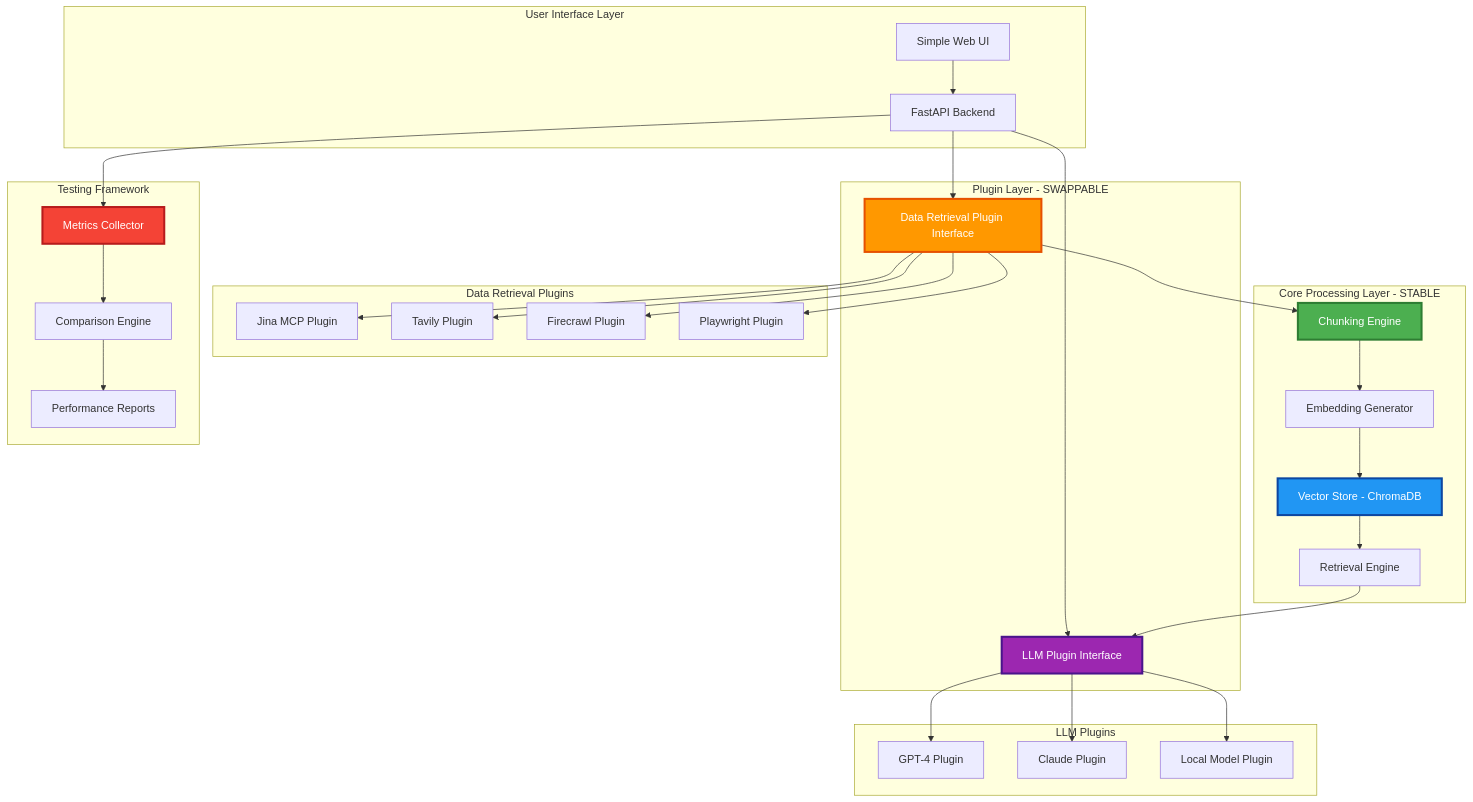
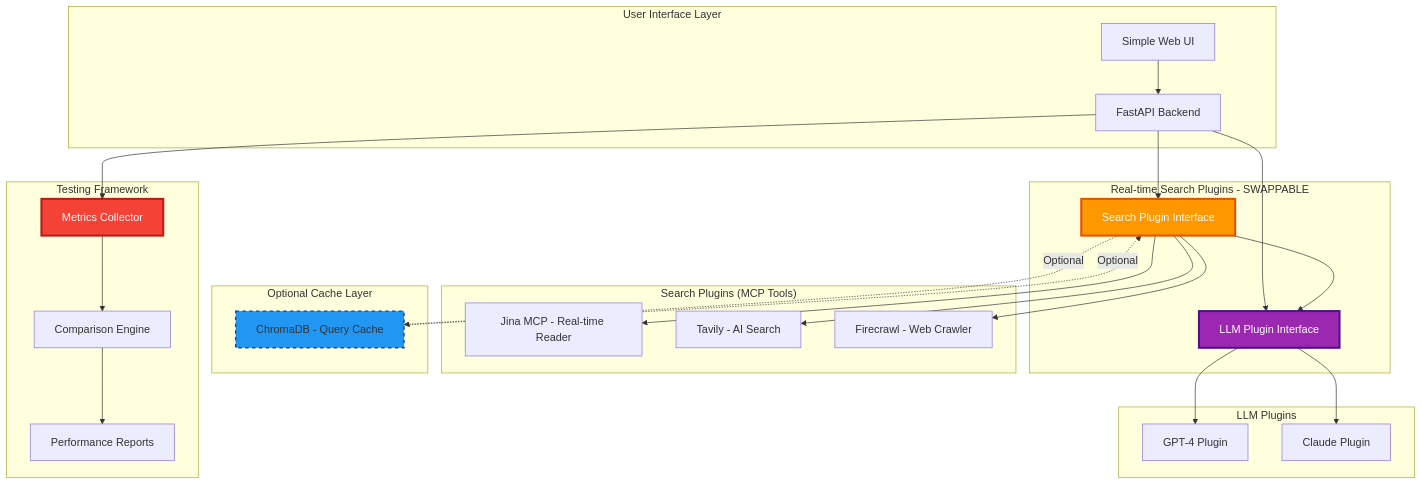
The third of 9 diagrams in IMPLEMENTATION.md (dviresh93/bizgenie-website-rag-eval), drawn with Mermaid before and after one commit. The commit also changed other lines of this file and 75 other files, not shown here.

````diff
--- a/IMPLEMENTATION.md
+++ b/IMPLEMENTATION.md
@@ -30,67 +96,58 @@
 ```mermaid
 graph TB
     subgraph "User Interface Layer"
         UI[Simple Web UI]
         API[FastAPI Backend]
     end
 
-    subgraph "Plugin Layer - SWAPPABLE"
-        DR[Data Retrieval Plugin Interface]
+    subgraph "Real-time Search Plugins - SWAPPABLE"
+        SEARCH[Search Plugin Interface]
         LLM[LLM Plugin Interface]
     end
 
-    subgraph "Data Retrieval Plugins"
-        JINA[Jina MCP Plugin]
-        TAVILY[Tavily Plugin]
-        FIRE[Firecrawl Plugin]
-        PLAY[Playwright Plugin]
+    subgraph "Search Plugins (MCP Tools)"
+        JINA[Jina MCP - Real-time Reader]
+        TAVILY[Tavily - AI Search]
+        FIRE[Firecrawl - Web Crawler]
     end
 
     subgraph "LLM Plugins"
         GPT4[GPT-4 Plugin]
         CLAUDE[Claude Plugin]
-        LOCAL[Local Model Plugin]
     end
 
-    subgraph "Core Processing Layer - STABLE"
-        CHUNK[Chunking Engine]
-        EMBED[Embedding Generator]
-        STORE[Vector Store - ChromaDB]
-        RETRIEVE[Retrieval Engine]
+    subgraph "Optional Cache Layer"
+        CACHE[ChromaDB - Query Cache]
     end
 
     subgraph "Testing Framework"
         METRICS[Metrics Collector]
         COMPARE[Comparison Engine]
         REPORT[Performance Reports]
     end
 
     UI --> API
-    API --> DR
+    API --> SEARCH
     API --> LLM
 
-    DR --> JINA
-    DR --> TAVILY
-    DR --> FIRE
-    DR --> PLAY
+    SEARCH --> JINA
+    SEARCH --> TAVILY
+    SEARCH --> FIRE
 
     LLM --> GPT4
     LLM --> CLAUDE
-    LLM --> LOCAL
 
-    DR --> CHUNK
-    CHUNK --> EMBED
-    EMBED --> STORE
-    STORE --> RETRIEVE
-    RETRIEVE --> LLM
+    SEARCH -.Optional.-> CACHE
+    CACHE -.Optional.-> SEARCH
+
+    SEARCH --> LLM
 
     API --> METRICS
     METRICS --> COMPARE
     COMPARE --> REPORT
 
-    style DR fill:#FF9800,stroke:#E65100,stroke-width:3px,color:#fff
+    style SEARCH fill:#FF9800,stroke:#E65100,stroke-width:3px,color:#fff
     style LLM fill:#9C27B0,stroke:#4A148C,stroke-width:3px,color:#fff
-    style CHUNK fill:#4CAF50,stroke:#2E7D32,stroke-width:3px,color:#fff
-    style STORE fill:#2196F3,stroke:#0D47A1,stroke-width:3px,color:#fff
+    style CACHE fill:#2196F3,stroke:#0D47A1,stroke-width:2px,stroke-dasharray:5
     style METRICS fill:#F44336,stroke:#B71C1C,stroke-width:3px,color:#fff
 ```
````
